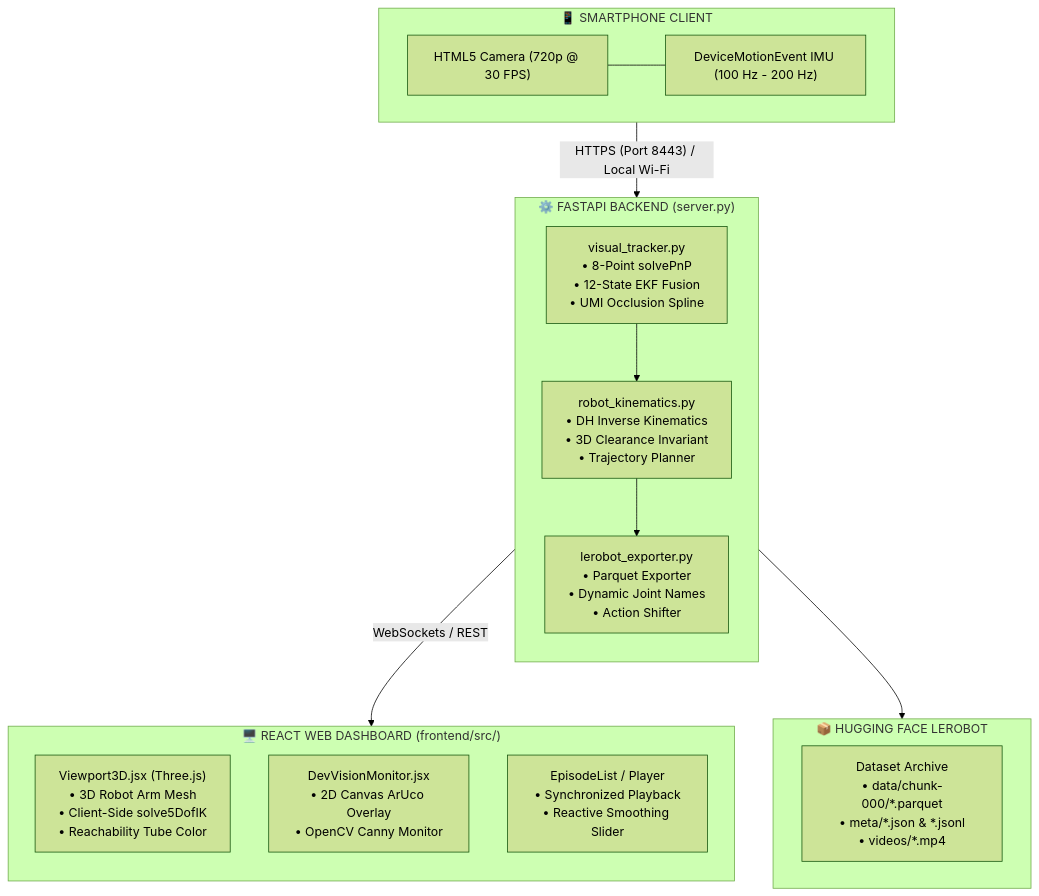
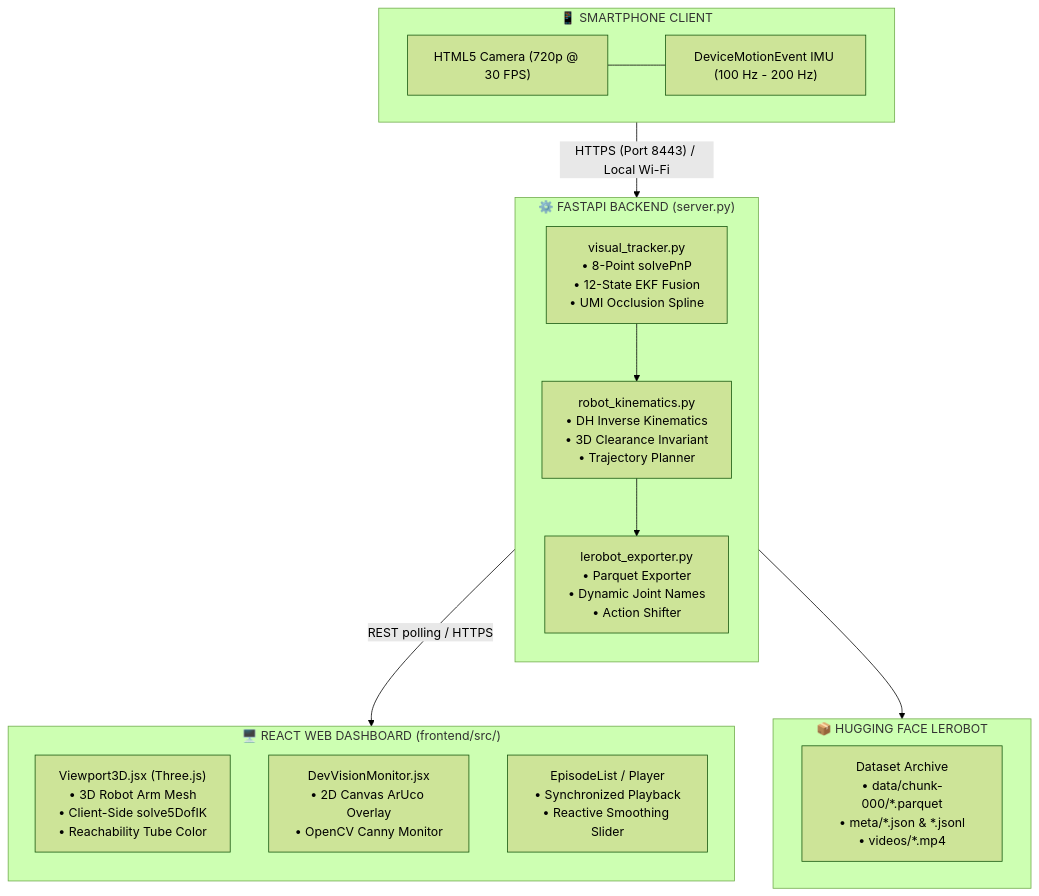
Before and after one commit to FalightSK/omni-kin: the diagram in CONTINUITY.md, drawn with Mermaid (forest theme). The commit also changed other lines of this file and 25 other files, not shown here.

````diff
--- a/CONTINUITY.md
+++ b/CONTINUITY.md
@@ -31,31 +31,31 @@
 ```mermaid
 flowchart TD
     subgraph Client["📱 SMARTPHONE CLIENT"]
         Cam["HTML5 Camera (720p @ 30 FPS)"]
         IMU["DeviceMotionEvent IMU (100 Hz - 200 Hz)"]
         Cam --- IMU
     end
 
     subgraph Backend["⚙️ FASTAPI BACKEND (server.py)"]
         direction TB
         VT["visual_tracker.py<br/>• 8-Point solvePnP<br/>• 12-State EKF Fusion<br/>• UMI Occlusion Spline"]
         RK["robot_kinematics.py<br/>• DH Inverse Kinematics<br/>• 3D Clearance Invariant<br/>• Trajectory Planner"]
         LE["lerobot_exporter.py<br/>• Parquet Exporter<br/>• Dynamic Joint Names<br/>• Action Shifter"]
         VT --> RK --> LE
     end
 
     subgraph Dashboard["🖥️ REACT WEB DASHBOARD (frontend/src/)"]
         direction TB
         V3D["Viewport3D.jsx (Three.js)<br/>• 3D Robot Arm Mesh<br/>• Client-Side solve5DofIK<br/>• Reachability Tube Color"]
         DVM["DevVisionMonitor.jsx<br/>• 2D Canvas ArUco Overlay<br/>• OpenCV Canny Monitor"]
         Ctrl["EpisodeList / Player<br/>• Synchronized Playback<br/>• Reactive Smoothing Slider"]
     end
 
     subgraph Export["📦 HUGGING FACE LEROBOT"]
         DS["Dataset Archive<br/>• data/chunk-000/*.parquet<br/>• meta/*.json & *.jsonl<br/>• videos/*.mp4"]
     end
 
     Client -- "HTTPS (Port 8443) / Local Wi-Fi" --> Backend
-    Backend -- "WebSockets / REST" --> Dashboard
+    Backend -- "REST polling / HTTPS" --> Dashboard
     LE --> Export
 ```
````
